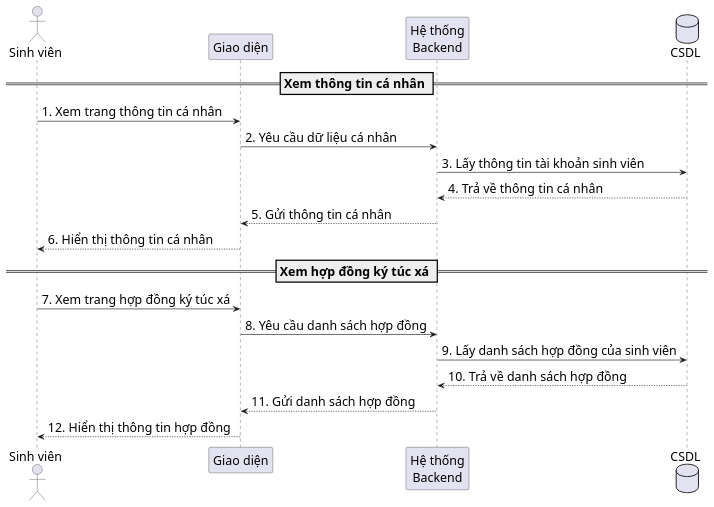
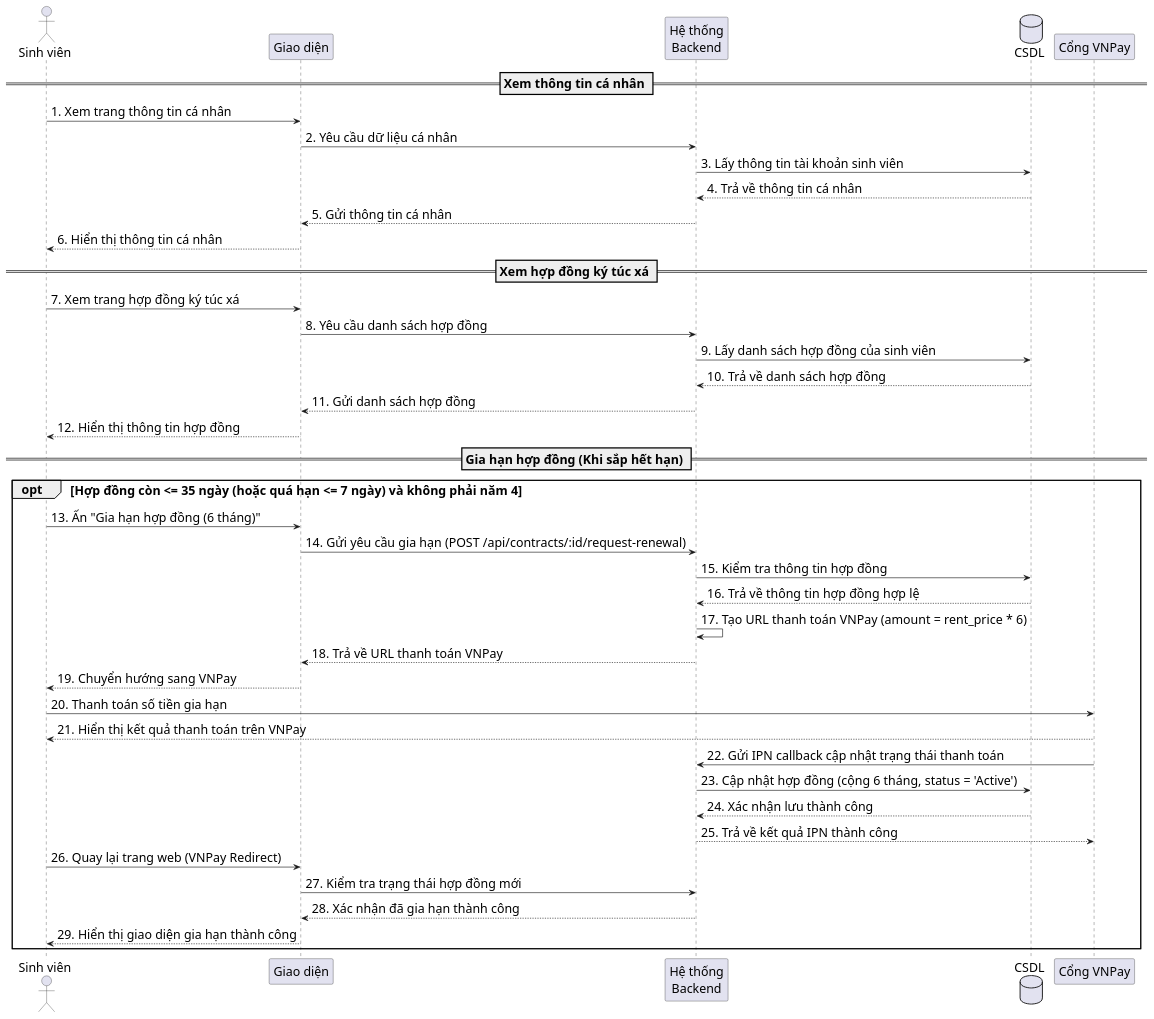
One commit to s0nbuildtech287/dormitory-frontend changed the diagram in diagrams/nhomsinhvien/student_profile_contract_sequence.puml. Above: the diagram before and after it, drawn with PlantUML. The commit also changed 1 other file, not shown here.

Commit message:
chỉnh lại 1 xíu diagram

```diff
--- a/diagrams/nhomsinhvien/student_profile_contract_sequence.puml
+++ b/diagrams/nhomsinhvien/student_profile_contract_sequence.puml
@@ -1,26 +1,48 @@
 @startuml "Student Profile Contract Sequence"
 skinparam defaultFontSize 20
 skinparam defaultFontName "Times New Roman"
 skinparam sequenceMessageSize 20
 
 actor "Sinh viên" as Student
 participant "Giao diện" as FE
 participant "Hệ thống\nBackend" as BE
 database "CSDL" as DB
+participant "Cổng VNPay" as VNPay
 
 == Xem thông tin cá nhân ==
 Student -> FE: 1. Xem trang thông tin cá nhân
 FE -> BE: 2. Yêu cầu dữ liệu cá nhân
 BE -> DB: 3. Lấy thông tin tài khoản sinh viên
 DB --> BE: 4. Trả về thông tin cá nhân
 BE --> FE: 5. Gửi thông tin cá nhân
 FE --> Student: 6. Hiển thị thông tin cá nhân
 
 == Xem hợp đồng ký túc xá ==
 Student -> FE: 7. Xem trang hợp đồng ký túc xá
 FE -> BE: 8. Yêu cầu danh sách hợp đồng
 BE -> DB: 9. Lấy danh sách hợp đồng của sinh viên
 DB --> BE: 10. Trả về danh sách hợp đồng
 BE --> FE: 11. Gửi danh sách hợp đồng
 FE --> Student: 12. Hiển thị thông tin hợp đồng
+
+== Gia hạn hợp đồng (Khi sắp hết hạn) ==
+opt Hợp đồng còn <= 35 ngày (hoặc quá hạn <= 7 ngày) và không phải năm 4
+Student -> FE: 13. Ấn "Gia hạn hợp đồng (6 tháng)"
+FE -> BE: 14. Gửi yêu cầu gia hạn (POST /api/contracts/:id/request-renewal)
+BE -> DB: 15. Kiểm tra thông tin hợp đồng
+DB --> BE: 16. Trả về thông tin hợp đồng hợp lệ
+BE -> BE: 17. Tạo URL thanh toán VNPay (amount = rent_price * 6)
+BE --> FE: 18. Trả về URL thanh toán VNPay
+FE --> Student: 19. Chuyển hướng sang VNPay
+Student -> VNPay: 20. Thanh toán số tiền gia hạn
+VNPay --> Student: 21. Hiển thị kết quả thanh toán trên VNPay
+VNPay -> BE: 22. Gửi IPN callback cập nhật trạng thái thanh toán
+BE -> DB: 23. Cập nhật hợp đồng (cộng 6 tháng, status = 'Active')
+DB --> BE: 24. Xác nhận lưu thành công
+BE --> VNPay: 25. Trả về kết quả IPN thành công
+Student -> FE: 26. Quay lại trang web (VNPay Redirect)
+FE -> BE: 27. Kiểm tra trạng thái hợp đồng mới
+BE --> FE: 28. Xác nhận đã gia hạn thành công
+FE --> Student: 29. Hiển thị giao diện gia hạn thành công
+end
 @enduml
```
